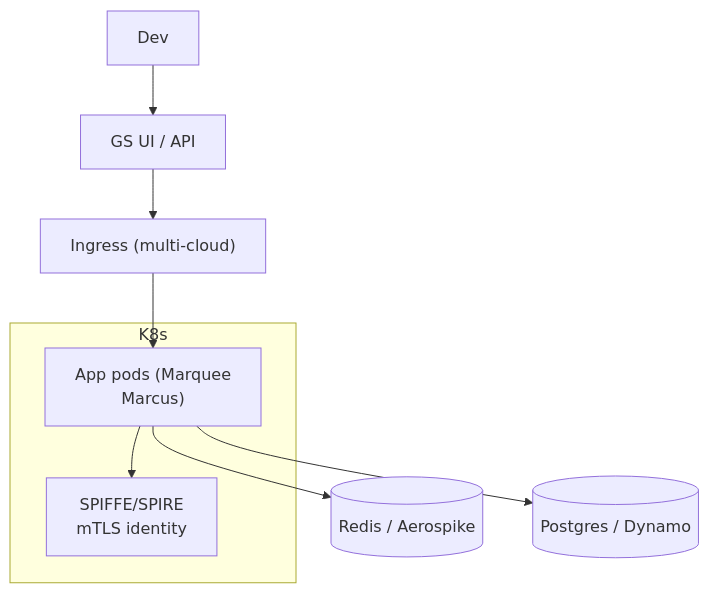
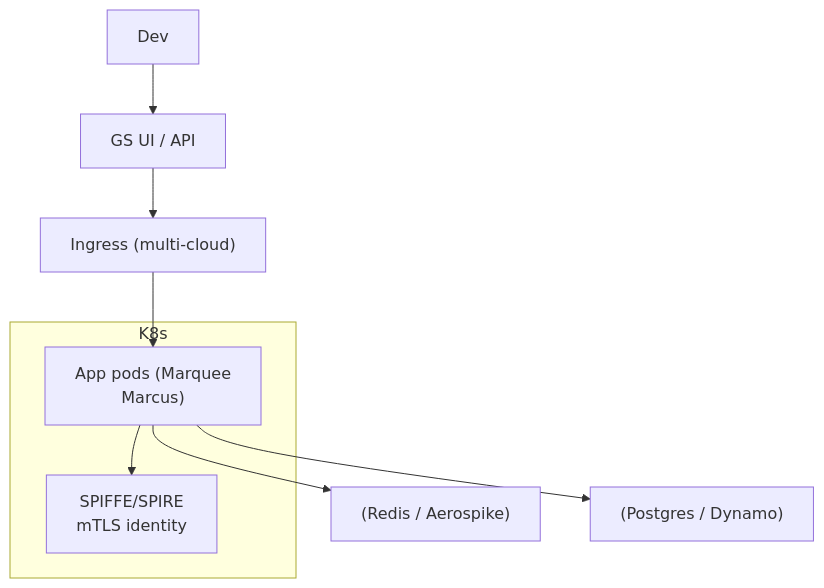
Before and after one commit to WhoisMonesh/K8S-Everything: the diagram in 17-company-cases/goldman-sachs.md, drawn with Mermaid. The commit also changed 62 other files, not shown here.

First line of the commit message:
Fix all Mermaid diagrams for GitHub compatibility

````diff
--- a/17-company-cases/goldman-sachs.md
+++ b/17-company-cases/goldman-sachs.md
@@ -24,12 +24,12 @@
 ```mermaid
 graph TD
     Dev --> GS[GS UI / API]
     GS --> Ingress["Ingress (multi-cloud)"]
     Ingress --> Apps["App pods (Marquee<br/>Marcus)"]
-    Apps --> Cache[(Redis / Aerospike)]
-    Apps --> DB[(Postgres / Dynamo)]
-    subgraph K8s
+    Apps --> Cache["(Redis / Aerospike)"]
+    Apps --> DB["(Postgres / Dynamo)"]
+    subgraph "K8s"
         SPIFFE[SPIFFE/SPIRE<br/>mTLS identity]
         Apps --> SPIFFE
     end
 ```
````
